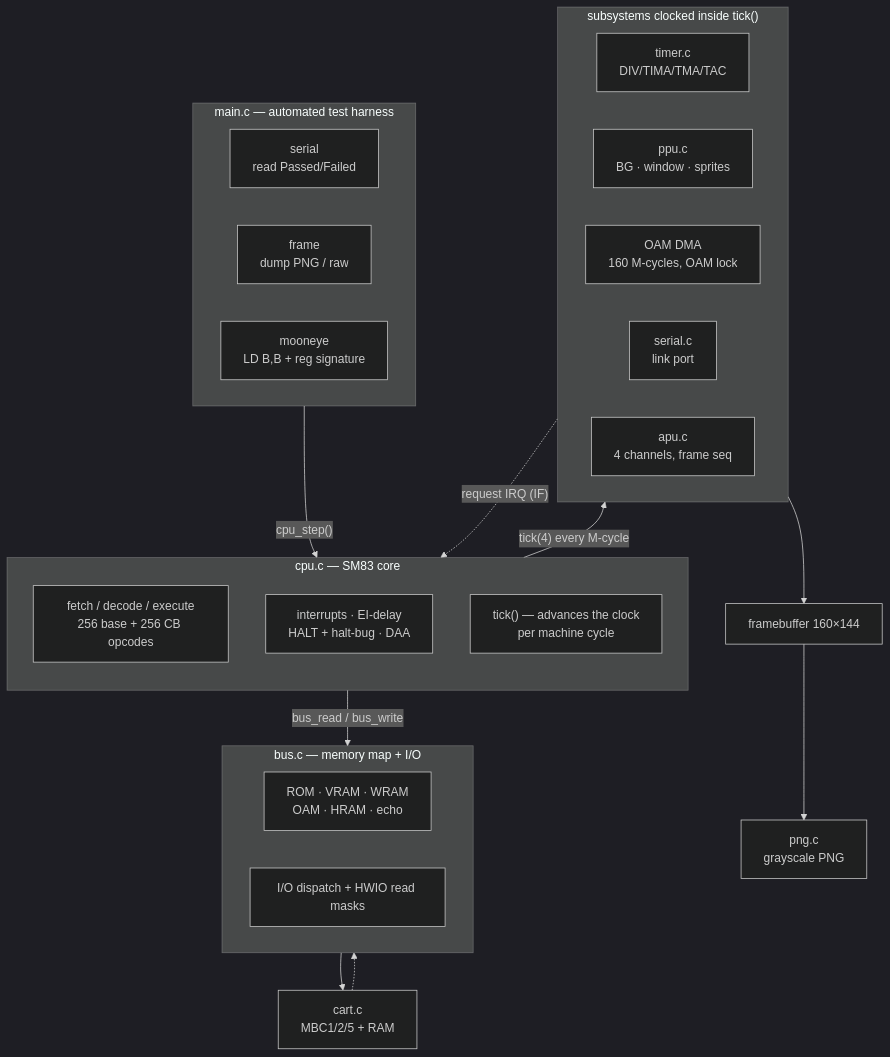
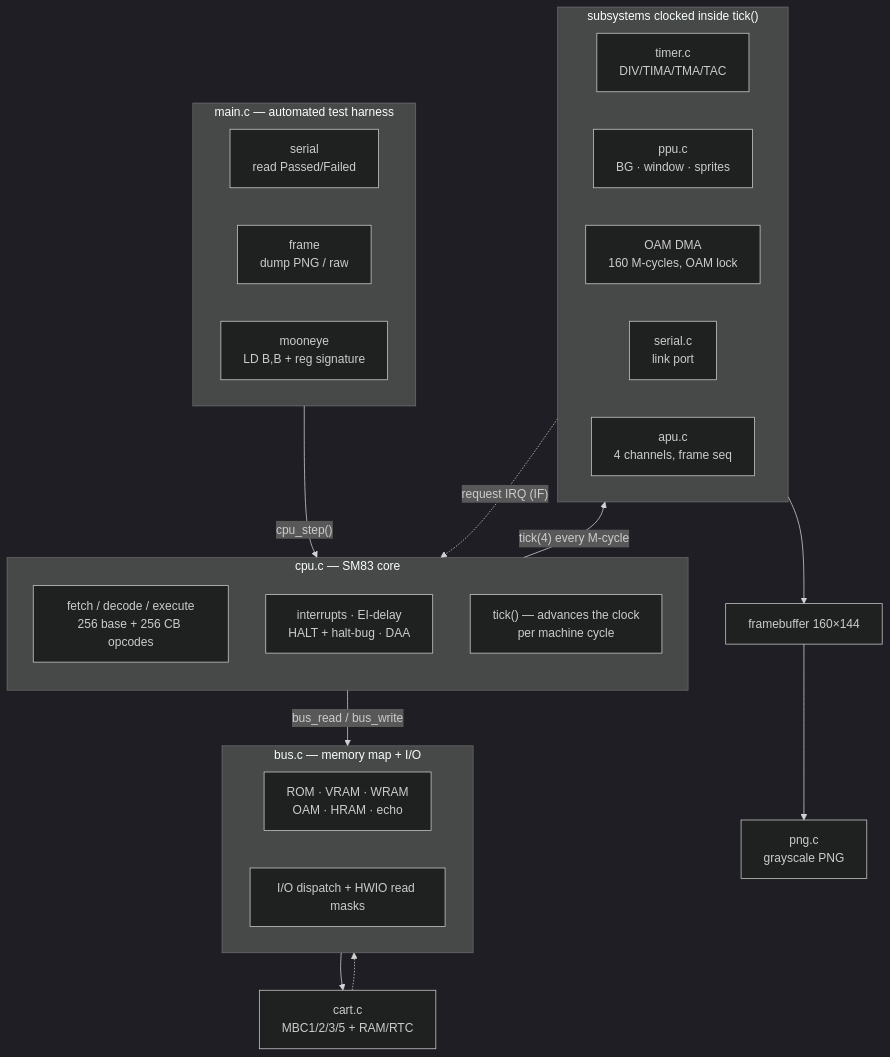
One commit to yusenthebot/gameboy-emu changed the diagram in README.md. Above: the diagram before and after it, drawn with Mermaid (dark theme). The commit also changed other lines of this file and 10 other files, not shown here.

First line of the commit message:
feat: MBC3/MBC30 + RTC + battery saves (round 25)

````diff
--- a/README.md
+++ b/README.md
@@ -55,41 +56,41 @@
 ```mermaid
 flowchart TB
     subgraph H["main.c — automated test harness"]
         direction LR
         H1["serial<br/>read Passed/Failed"]
         H2["frame<br/>dump PNG / raw"]
         H3["mooneye<br/>LD B,B + reg signature"]
     end
 
     H -->|"cpu_step()"| CPU
 
     subgraph CPU["cpu.c — SM83 core"]
         direction TB
         C1["fetch / decode / execute<br/>256 base + 256 CB opcodes"]
         C2["interrupts · EI-delay<br/>HALT + halt-bug · DAA"]
         C3["tick() — advances the clock<br/>per machine cycle"]
     end
 
     CPU -->|"bus_read / bus_write"| BUS
     CPU -->|"tick(4) every M-cycle"| SUB
 
     subgraph BUS["bus.c — memory map + I/O"]
         B1["ROM · VRAM · WRAM<br/>OAM · HRAM · echo"]
         B2["I/O dispatch + HWIO read masks"]
     end
 
     subgraph SUB["subsystems clocked inside tick()"]
         direction LR
         T1["timer.c<br/>DIV/TIMA/TMA/TAC"]
         T2["ppu.c<br/>BG · window · sprites"]
         T3["OAM DMA<br/>160 M-cycles, OAM lock"]
         T4["serial.c<br/>link port"]
         T5["apu.c<br/>4 channels, frame seq"]
     end
 
-    BUS --> CART["cart.c<br/>MBC1/2/5 + RAM"]
+    BUS --> CART["cart.c<br/>MBC1/2/3/5 + RAM/RTC"]
     T2 --> FB["framebuffer 160×144"]
     FB --> PNG["png.c<br/>grayscale PNG"]
     CART -.-> BUS
     SUB -.->|"request IRQ (IF)"| CPU
 ```
````
